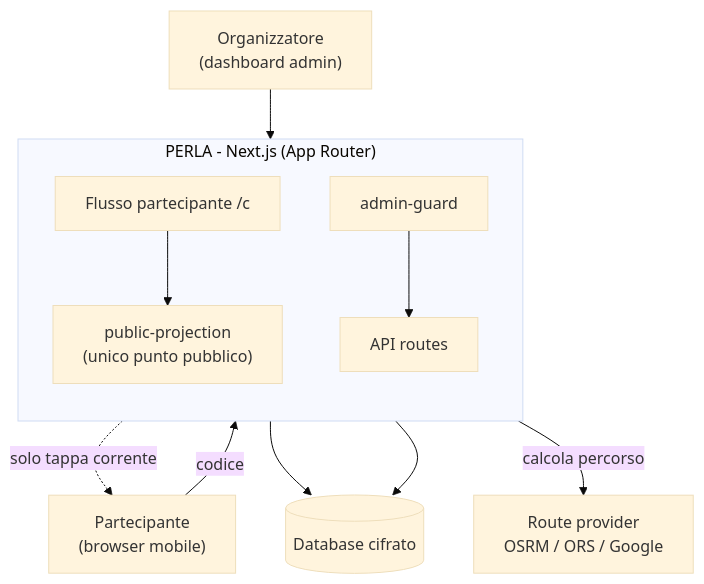
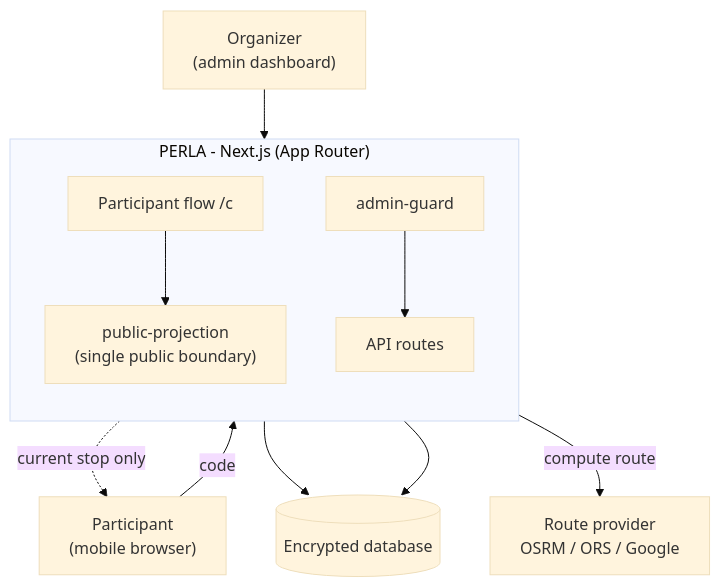
The first of 2 diagrams in docs/wiki/Architecture.md (NetsukiiDev/Perla), drawn with Mermaid (base theme) before and after one commit. The commit also changed other lines of this file and 23 other files, not shown here.

````diff
--- a/docs/wiki/Architecture.md
+++ b/docs/wiki/Architecture.md
@@ -5,22 +5,22 @@
 ```mermaid
 flowchart TB
-  P["Partecipante<br/>(browser mobile)"]
-  A["Organizzatore<br/>(dashboard admin)"]
+  P["Participant<br/>(mobile browser)"]
+  A["Organizer<br/>(admin dashboard)"]
 
   subgraph app ["PERLA - Next.js (App Router)"]
     direction TB
-    PF["Flusso partecipante /c"]
-    PROJ["public-projection<br/>(unico punto pubblico)"]
+    PF["Participant flow /c"]
+    PROJ["public-projection<br/>(single public boundary)"]
     GUARD["admin-guard"]
     API["API routes"]
   end
 
-  DB[("Database cifrato")]
+  DB[("Encrypted database")]
   ROUTE["Route provider<br/>OSRM / ORS / Google"]
 
-  P -->|"codice"| PF --> PROJ
-  PROJ -.->|"solo tappa corrente"| P
+  P -->|"code"| PF --> PROJ
+  PROJ -.->|"current stop only"| P
   A --> GUARD --> API --> DB
   PROJ --> DB
-  API -->|"calcola percorso"| ROUTE
+  API -->|"compute route"| ROUTE
 ```
````
